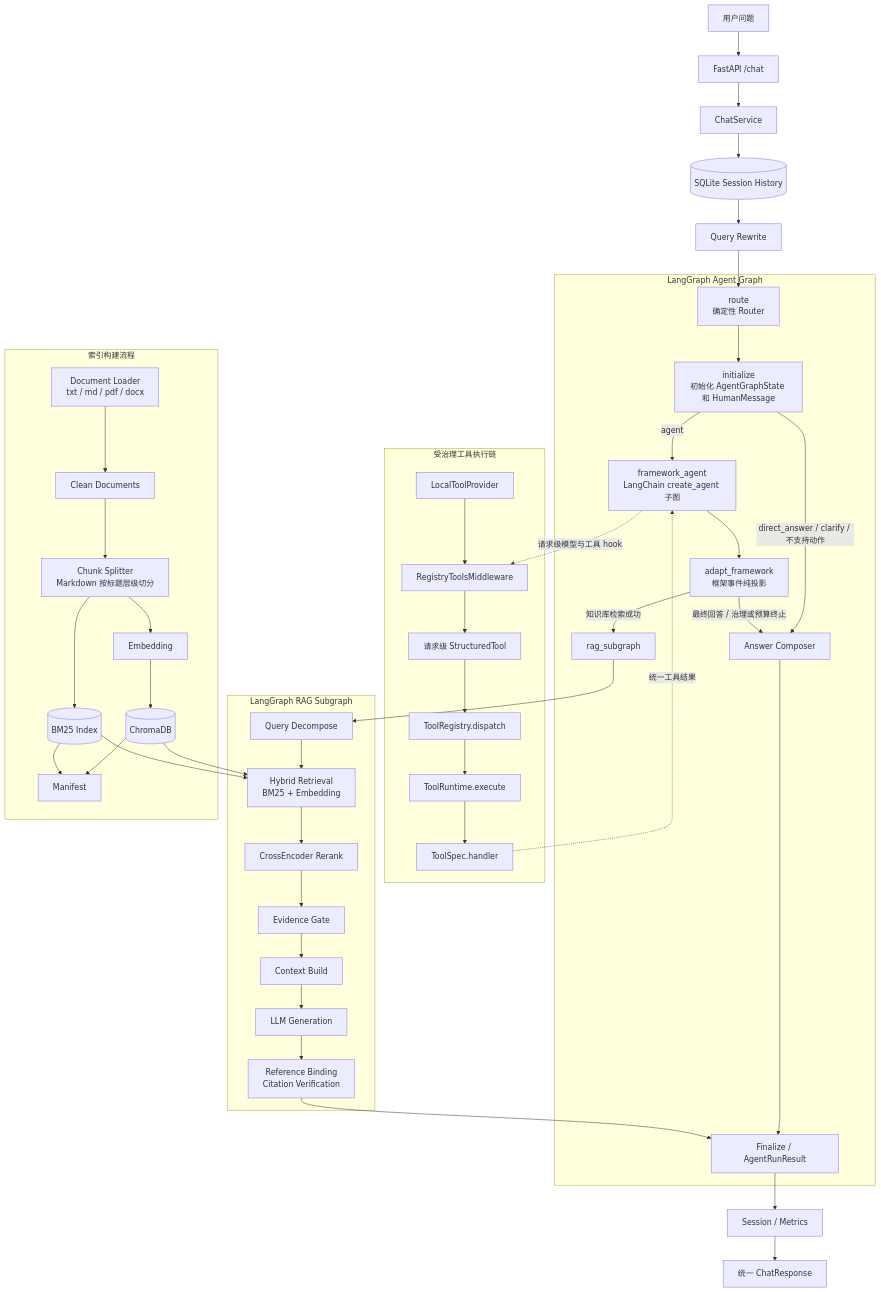
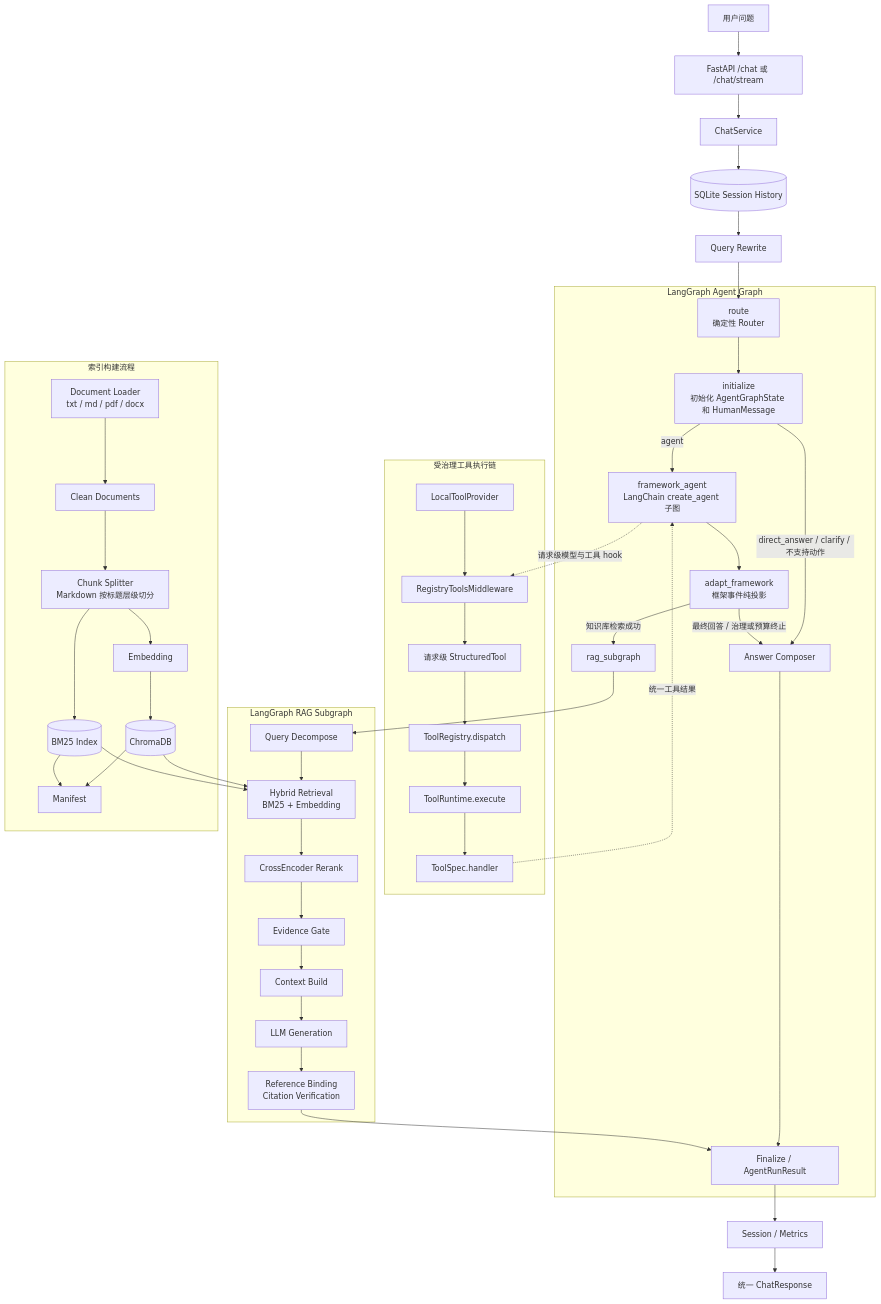
One commit to LiBoEN123/rag-agent-qa-system changed the diagram in README.md. Above: the diagram before and after it, drawn with Mermaid. The commit also changed other lines of this file and 31 other files, not shown here.

````diff
--- a/README.md
+++ b/README.md
@@ -29,6 +30,6 @@
 ```mermaid
 flowchart TD
-    User[用户问题] --> API[FastAPI /chat]
+    User[用户问题] --> API[FastAPI /chat 或 /chat/stream]
     API --> Service[ChatService]
     Service --> History[(SQLite Session History)]
     History --> Rewrite[Query Rewrite]
````
